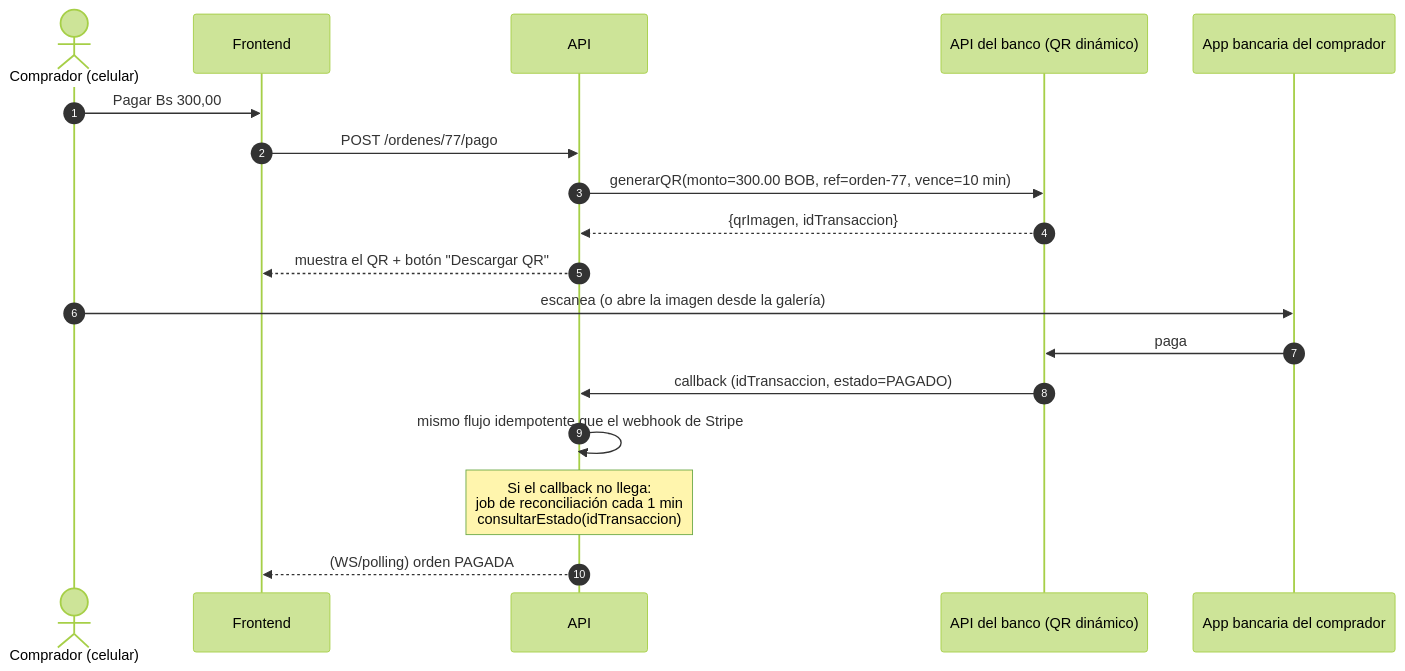
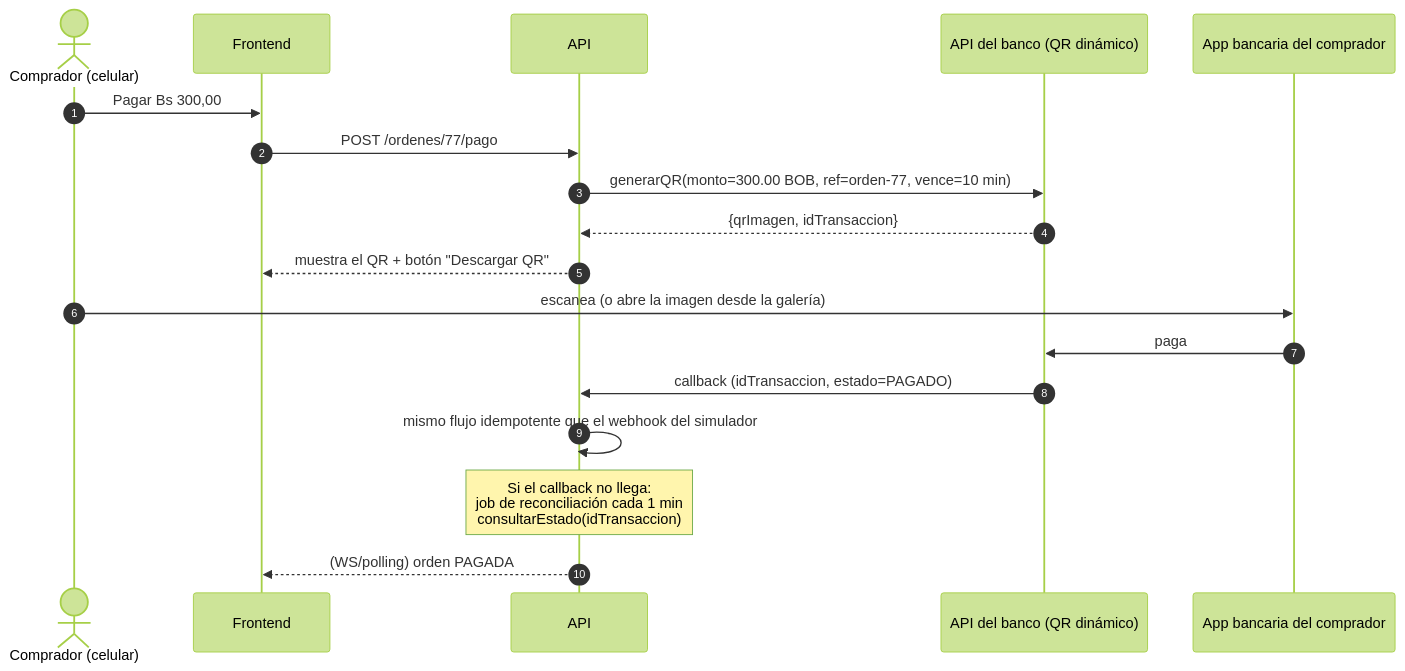
Before and after one commit to oliver-franz123/ticketing-app: the diagram in Sistemas_Distribuidos/docs/13-pagos-en-bolivia.md, drawn with Mermaid (forest theme). The commit also changed other lines of this file and 17 other files, not shown here.

````diff
--- a/Sistemas_Distribuidos/docs/13-pagos-en-bolivia.md
+++ b/Sistemas_Distribuidos/docs/13-pagos-en-bolivia.md
@@ -86,21 +87,21 @@
 ```mermaid
 sequenceDiagram
     autonumber
     actor C as Comprador (celular)
     participant FE as Frontend
     participant API as API
     participant BK as API del banco (QR dinámico)
     participant APP as App bancaria del comprador
 
     C->>FE: Pagar Bs 300,00
     FE->>API: POST /ordenes/77/pago
     API->>BK: generarQR(monto=300.00 BOB, ref=orden-77, vence=10 min)
     BK-->>API: {qrImagen, idTransaccion}
     API-->>FE: muestra el QR + botón "Descargar QR"
     C->>APP: escanea (o abre la imagen desde la galería)
     APP->>BK: paga
     BK->>API: callback (idTransaccion, estado=PAGADO)
-    API->>API: mismo flujo idempotente que el webhook de Stripe
+    API->>API: mismo flujo idempotente que el webhook del simulador
     Note over API: Si el callback no llega:<br/>job de reconciliación cada 1 min<br/>consultarEstado(idTransaccion)
     API-->>FE: (WS/polling) orden PAGADA
 ```
````
